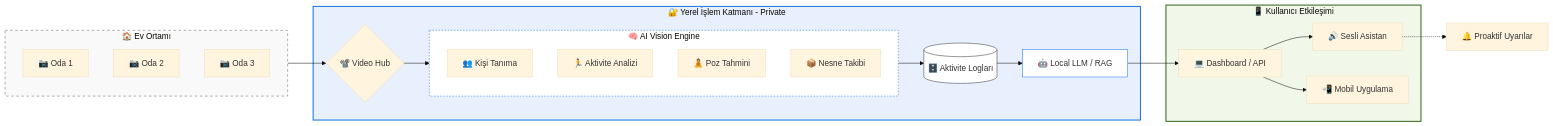
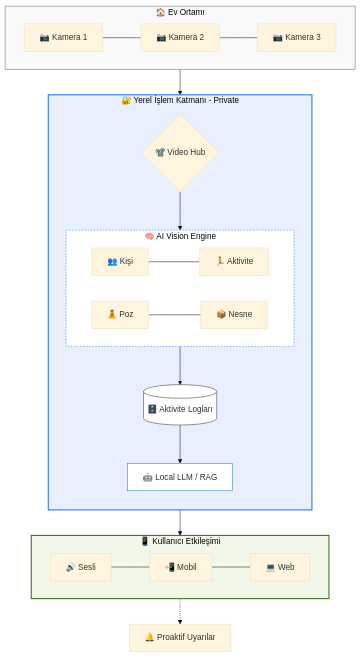
The diagram in README.md (fastfingertips/idea.homevision-ai), drawn with Mermaid (base theme) before and after one commit.

Commit message:
docs: compact vertical mermaid layout

````diff
--- a/README.md
+++ b/README.md
@@ -124,46 +124,37 @@
 ```mermaid
-graph LR
+graph TD
     subgraph Home [🏠 Ev Ortamı]
-        C1[📷 Oda 1]
-        C2[📷 Oda 2]
-        C3[📷 Oda 3]
+        C1[📷 Kamera 1] --- C2[📷 Kamera 2] --- C3[📷 Kamera 3]
     end
 
+    Home --> Hub{📽️ Video Hub}
+
     subgraph Local_Server [🔐 Yerel İşlem Katmanı - Private]
-        Hub{📽️ Video Hub}
-        
+        direction TB
+        Hub --> AI_Engine
         subgraph AI_Engine [🧠 AI Vision Engine]
-            PD[👥 Kişi Tanıma]
-            AR[🏃 Aktivite Analizi]
-            PE[🧘 Poz Tahmini]
-            OD[📦 Nesne Takibi]
+            direction LR
+            PD[👥 Kişi] --- AR[🏃 Aktivite] 
+            PE[🧘 Poz] --- OD[📦 Nesne]
         end
-        
-        DB[(🗄️ Aktivite Logları)]
-        LLM[🤖 Local LLM / RAG]
+        AI_Engine --> DB[(🗄️ Aktivite Logları)]
+        DB --> LLM[🤖 Local LLM / RAG]
     end
 
-    subgraph Interface [📱 Kullanıcı Etkileşimi]
-        UI[💻 Dashboard / API]
-        Voice[🔊 Sesli Asistan]
-        Mobile[📲 Mobil Uygulama]
+    LLM --> UI_Layer
+
+    subgraph UI_Layer [📱 Kullanıcı Etkileşimi]
+        direction LR
+        Voice[🔊 Sesli] --- Mobile[📲 Mobil] --- Web[💻 Web]
     end
-
-    Home --> Hub
-    Hub --> AI_Engine
-    AI_Engine --> DB
-    DB --> LLM
-    LLM --> UI
-    UI --> Voice
-    UI --> Mobile
     
     Voice -.-> Alerts[🔔 Proaktif Uyarılar]
 
     %% Styling
-    style Home fill:#f9f9f9,stroke:#666,stroke-dasharray: 5 5
+    style Home fill:#f9f9f9,stroke:#666,stroke-width:1px
     style Local_Server fill:#e8f0fe,stroke:#1a73e8,stroke-width:2px
     style AI_Engine fill:#fff,stroke:#1a73e8,stroke-dasharray: 3 3
-    style Interface fill:#f1f8e9,stroke:#33691e,stroke-width:2px
+    style UI_Layer fill:#f1f8e9,stroke:#33691e,stroke-width:2px
     style DB fill:#fff,stroke:#333
     style LLM fill:#fff,stroke:#1a73e8
 ```
````
